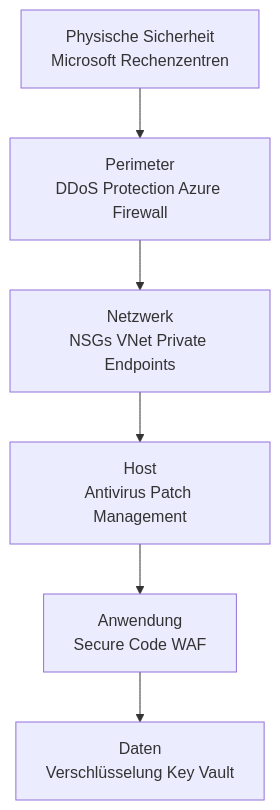
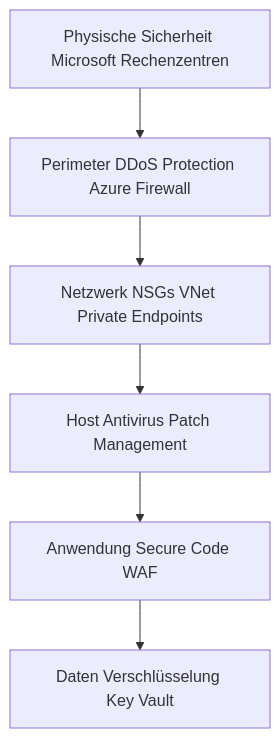
The second of 4 diagrams in Microsoft 365/Azure/Grundlagen/Azure Well-Architected Framework.md (SoniiiT/notes-n-docs), drawn with Mermaid before and after one commit. The commit also changed other lines of this file and 124 other files, not shown here.

First line of the commit message:
fix: Entferne \n aus allen Mermaid-Diagrammen (125 Dateien)

````diff
--- a/Microsoft 365/Azure/Grundlagen/Azure Well-Architected Framework.md
+++ b/Microsoft 365/Azure/Grundlagen/Azure Well-Architected Framework.md
@@ -120,8 +120,8 @@
 ```mermaid
 graph TD
-    PHYS[Physische Sicherheit\nMicrosoft Rechenzentren] --> PERI[Perimeter\nDDoS Protection Azure Firewall]
-    PERI --> NET[Netzwerk\nNSGs VNet Private Endpoints]
-    NET --> HOST[Host\nAntivirus Patch Management]
-    HOST --> APP[Anwendung\nSecure Code WAF]
-    APP --> DATA[Daten\nVerschlüsselung Key Vault]
+    PHYS[Physische Sicherheit Microsoft Rechenzentren] --> PERI[Perimeter DDoS Protection Azure Firewall]
+    PERI --> NET[Netzwerk NSGs VNet Private Endpoints]
+    NET --> HOST[Host Antivirus Patch Management]
+    HOST --> APP[Anwendung Secure Code WAF]
+    APP --> DATA[Daten Verschlüsselung Key Vault]
 ```
````
